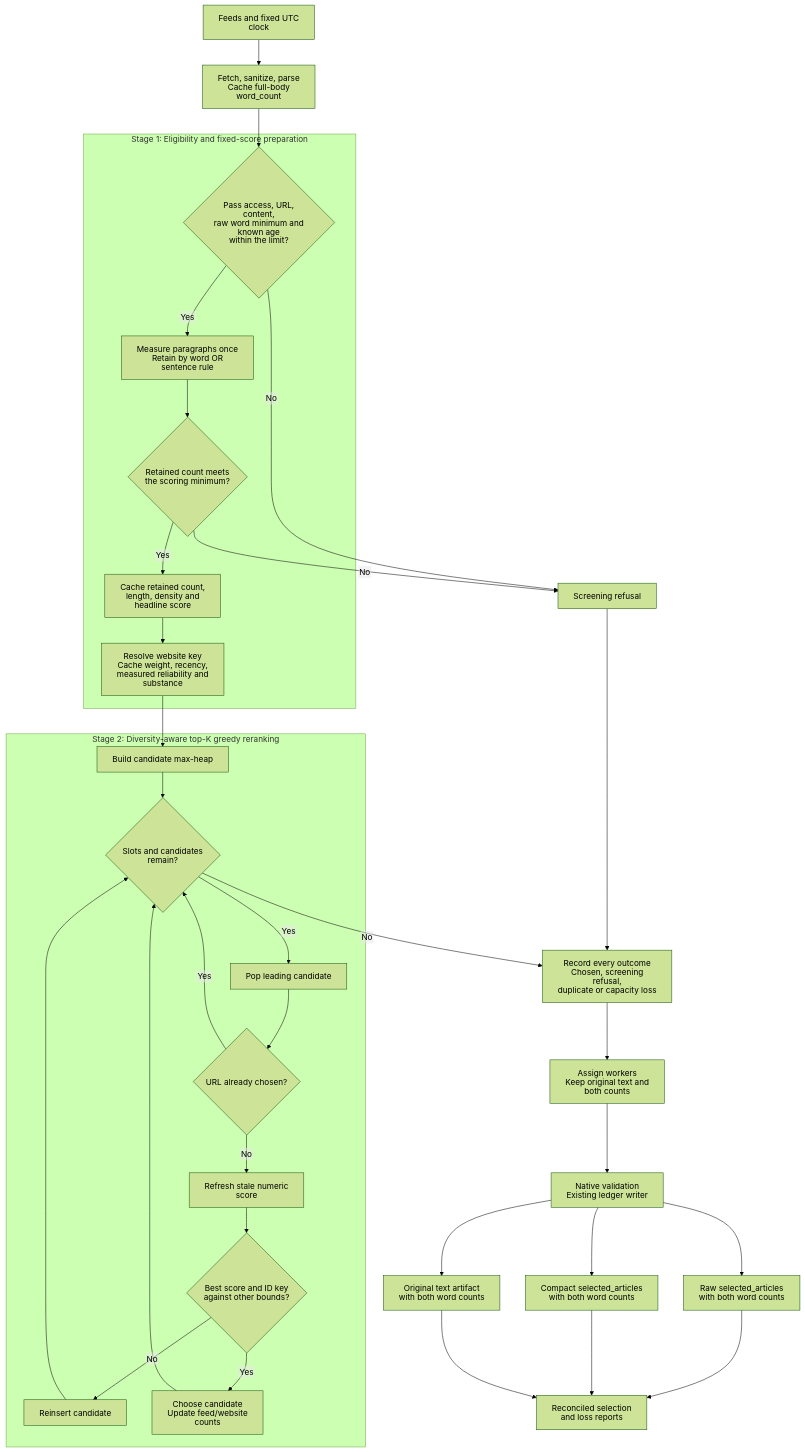
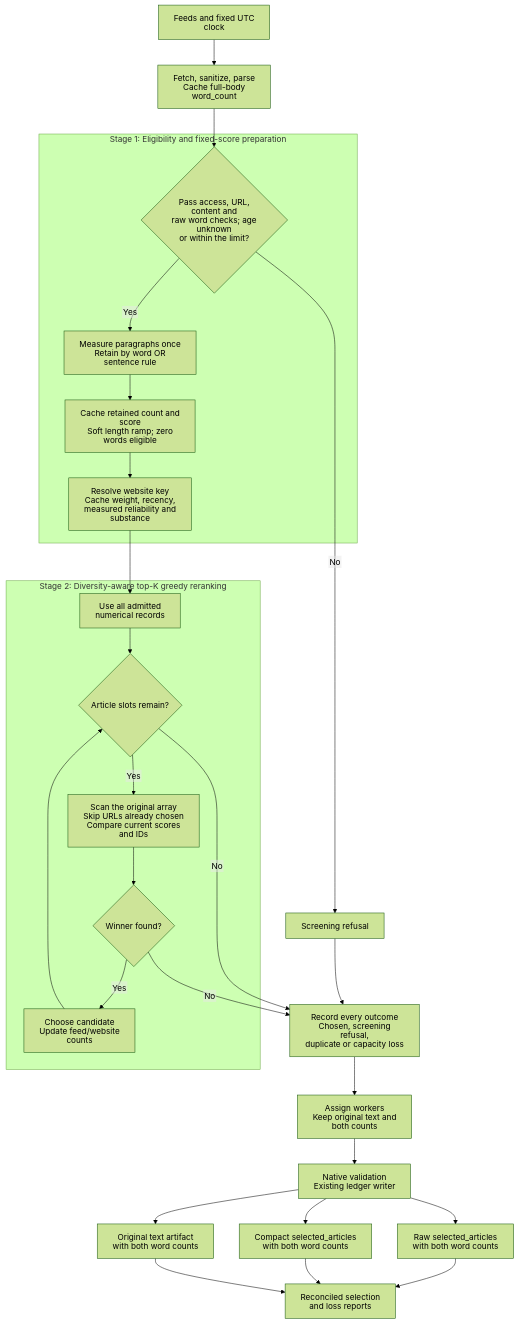
The diagram in TODO/20261101-diversity-aware-top-k-selection-plan.md (miztiik/yen-idhazh), drawn with Mermaid (forest theme) before and after one commit. The commit also changed other lines of this file, not shown here.

````diff
--- a/TODO/20261101-diversity-aware-top-k-selection-plan.md
+++ b/TODO/20261101-diversity-aware-top-k-selection-plan.md
@@ -40,48 +40,39 @@
 ```mermaid
 %%{init: {"htmlLabels": false, "flowchart": {"htmlLabels": false}}}%%
 flowchart TD
     inputs["Feeds and fixed UTC clock"]
     parse["Fetch, sanitize, parse<br/>Cache full-body word_count"]
     inputs --> parse
 
     subgraph stage_one["Stage 1: Eligibility and fixed-score preparation"]
-        gates{"Pass access, URL, content,<br/>raw word minimum and known age<br/>within the limit?"}
+        gates{"Pass access, URL, content and<br/>raw word checks; age unknown<br/>or within the limit?"}
         paragraphs["Measure paragraphs once<br/>Retain by word OR sentence rule"]
-        floor{"Retained count meets<br/>the scoring minimum?"}
-        substance["Cache retained count,<br/>length, density and headline score"]
+        substance["Cache retained count and score<br/>Soft length ramp; zero words eligible"]
         base["Resolve website key<br/>Cache weight, recency,<br/>measured reliability and substance"]
-        gates -->|Yes| paragraphs --> floor
-        floor -->|Yes| substance --> base
+        gates -->|Yes| paragraphs --> substance --> base
     end
     parse --> gates
     gates -->|No| refusal["Screening refusal"]
-    floor -->|No| refusal
-
     subgraph stage_two["Stage 2: Diversity-aware top-K greedy reranking"]
-        heap["Build candidate max-heap"]
-        remaining{"Slots and candidates<br/>remain?"}
-        pop["Pop leading candidate"]
-        duplicate{"URL already chosen?"}
-        refresh["Refresh stale numeric score"]
-        winner{"Best score and ID key<br/>against other bounds?"}
-        reinsert["Reinsert candidate"]
+        pool["Use all admitted numerical records"]
+        remaining{"Article slots remain?"}
+        scan["Scan the original array<br/>Skip URLs already chosen<br/>Compare current scores and IDs"]
+        winner{"Winner found?"}
         choose["Choose candidate<br/>Update feed/website counts"]
-        heap --> remaining
-        remaining -->|Yes| pop --> duplicate
-        duplicate -->|Yes| remaining
-        duplicate -->|No| refresh --> winner
-        winner -->|No| reinsert --> remaining
+        pool --> remaining
+        remaining -->|Yes| scan --> winner
         winner -->|Yes| choose --> remaining
     end
-    base --> heap
+    base --> pool
     remaining -->|No| accounting["Record every outcome<br/>Chosen, screening refusal,<br/>duplicate or capacity loss"]
+    winner -->|No| accounting
     refusal --> accounting
     accounting --> partition["Assign workers<br/>Keep original text and both counts"]
     partition --> persist["Native validation<br/>Existing ledger writer"]
     persist --> raw["Raw selected_articles<br/>with both word counts"]
     persist --> compact["Compact selected_articles<br/>with both word counts"]
     persist --> artifact["Original text artifact<br/>with both word counts"]
     raw --> report["Reconciled selection<br/>and loss reports"]
     compact --> report
     artifact --> report
 ```
````
